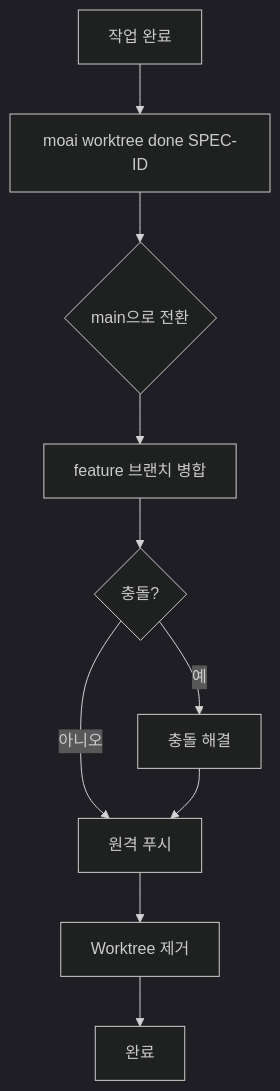
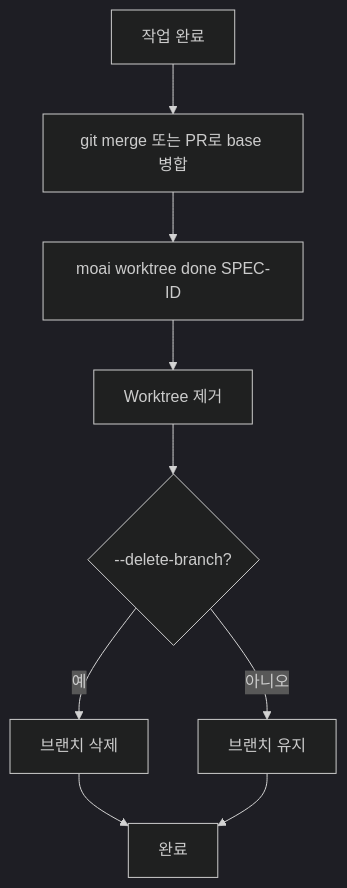
The seventh of 10 diagrams in docs-site/content/ko/worktree/guide.md (modu-ai/moai-adk), drawn with Mermaid (dark theme) before and after one commit. The commit also changed other lines of this file and 180 other files, not shown here.

````diff
--- a/docs-site/content/ko/worktree/guide.md
+++ b/docs-site/content/ko/worktree/guide.md
@@ -460,12 +450,11 @@
 ```mermaid
 flowchart TD
-    A[작업 완료] --> B[moai worktree done SPEC-ID]
-    B --> C{main으로 전환}
-    C --> D[feature 브랜치 병합]
-    D --> E{충돌?}
-    E -->|예| F[충돌 해결]
-    E -->|아니오| G[원격 푸시]
-    F --> G
-    G --> H[Worktree 제거]
-    H --> I[완료]
+    A[작업 완료] --> B[git merge 또는 PR로 base 병합]
+    B --> C[moai worktree done SPEC-ID]
+    C --> D[Worktree 제거]
+    D --> E{--delete-branch?}
+    E -->|예| F[브랜치 삭제]
+    E -->|아니오| G[브랜치 유지]
+    F --> H[완료]
+    G --> H[완료]
 ```
````
